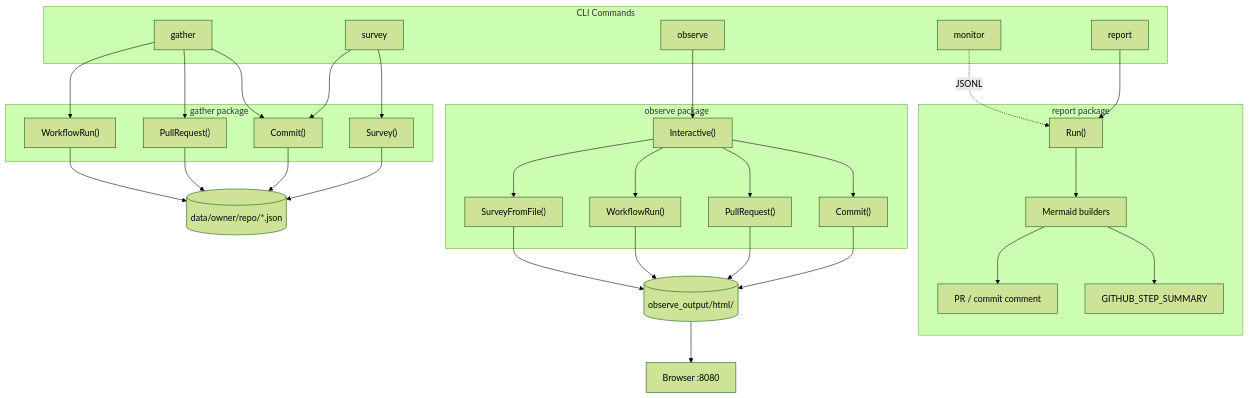
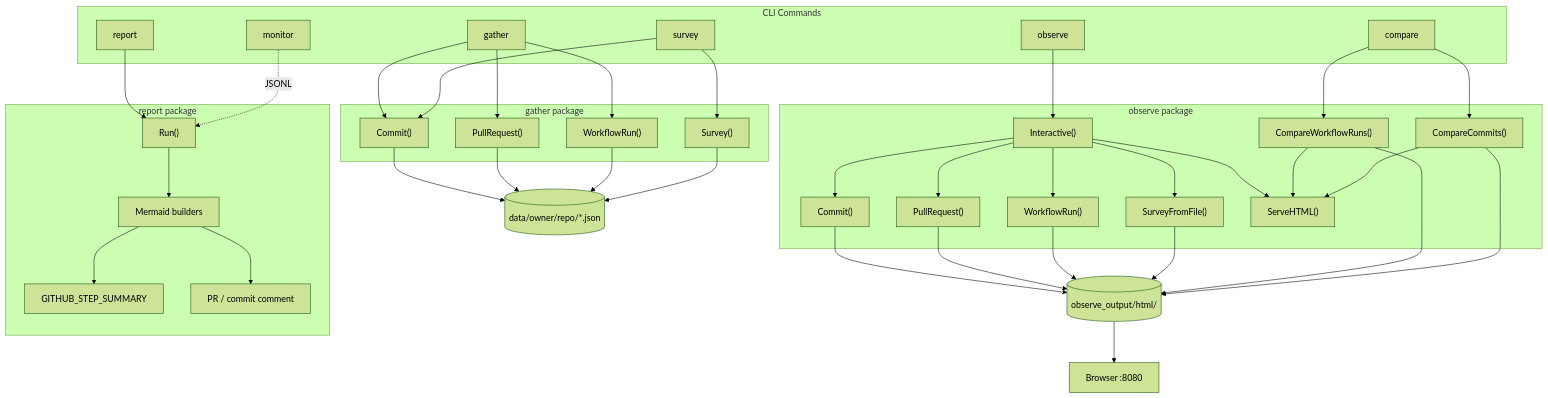
The first of 5 diagrams in design.md (kalverra/octometrics), drawn with Mermaid (forest theme) before and after one commit. The commit also changed other lines of this file and 21 other files, not shown here.

````diff
--- a/design.md
+++ b/design.md
@@ -7,62 +7,74 @@
 ```mermaid
 flowchart TD
     subgraph commands [CLI Commands]
         Gather[gather]
         Survey[survey]
         Observe[observe]
+        Compare[compare]
         Monitor[monitor]
         Report[report]
     end
 
     subgraph gatherPkg [gather package]
         GatherCommit["Commit()"]
         GatherPR["PullRequest()"]
         GatherWF["WorkflowRun()"]
         GatherSurvey["Survey()"]
     end
 
     subgraph observePkg [observe package]
         ObsCommit["Commit()"]
         ObsPR["PullRequest()"]
         ObsWF["WorkflowRun()"]
         ObsSurvey["SurveyFromFile()"]
+        ObsCompareWF["CompareWorkflowRuns()"]
+        ObsCompareCmt["CompareCommits()"]
         Interactive["Interactive()"]
+        ServeHTML["ServeHTML()"]
     end
 
     Gather --> GatherCommit
     Gather --> GatherPR
     Gather --> GatherWF
     Survey --> GatherSurvey
     Survey --> GatherCommit
 
     Observe --> Interactive
     Interactive --> ObsCommit
     Interactive --> ObsPR
     Interactive --> ObsWF
     Interactive --> ObsSurvey
+    Interactive --> ServeHTML
+
+    Compare --> ObsCompareWF
+    Compare --> ObsCompareCmt
+    ObsCompareWF --> ServeHTML
+    ObsCompareCmt --> ServeHTML
 
     GatherCommit --> JSON[(data/owner/repo/*.json)]
     GatherPR --> JSON
     GatherWF --> JSON
     GatherSurvey --> JSON
 
     ObsCommit --> HTML[(observe_output/html/)]
     ObsPR --> HTML
     ObsWF --> HTML
     ObsSurvey --> HTML
+    ObsCompareWF --> HTML
+    ObsCompareCmt --> HTML
 
     HTML --> Browser[Browser :8080]
 
     subgraph reportPkg [report package]
         ReportRun["Run()"]
         MermaidBuild["Mermaid builders"]
         StepSummary["GITHUB_STEP_SUMMARY"]
         PRComment["PR / commit comment"]
     end
 
     Report --> ReportRun
     ReportRun --> MermaidBuild
     MermaidBuild --> StepSummary
     MermaidBuild --> PRComment
     Monitor -.->|JSONL| ReportRun
 ```
````
